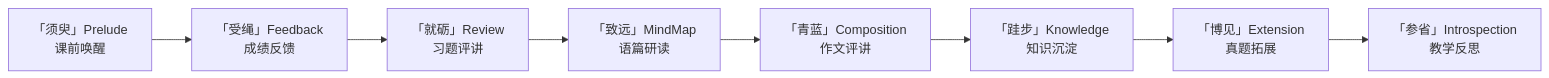
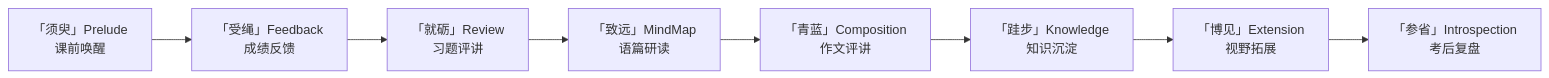
One commit to PhidelDelphi/AIkoko changed the first of 2 diagrams in README.md. Above: the diagram before and after it, drawn with Mermaid. The commit also changed other lines of this file, not shown here.

Commit message:
README：修正⑦博见为「视野拓展」（语篇话题与文化知识补充）、⑧参省为「学生考后复盘」

````diff
--- a/README.md
+++ b/README.md
@@ -39,10 +39,10 @@
 ```mermaid
 flowchart LR
     A["「须臾」Prelude<br/>课前唤醒"] --> B["「受绳」Feedback<br/>成绩反馈"]
     B --> C["「就砺」Review<br/>习题评讲"]
     C --> D["「致远」MindMap<br/>语篇研读"]
     D --> E["「青蓝」Composition<br/>作文评讲"]
     E --> F["「跬步」Knowledge<br/>知识沉淀"]
-    F --> G["「博见」Extension<br/>真题拓展"]
-    G --> H["「参省」Introspection<br/>教学反思"]
+    F --> G["「博见」Extension<br/>视野拓展"]
+    G --> H["「参省」Introspection<br/>考后复盘"]
 ```
````
